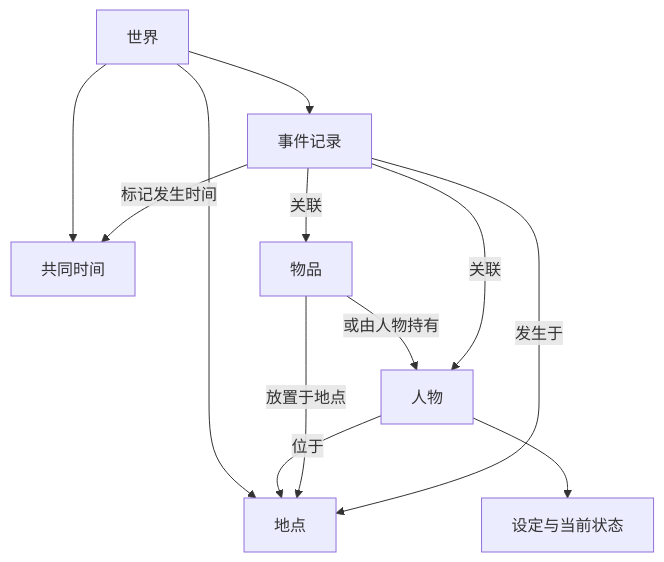
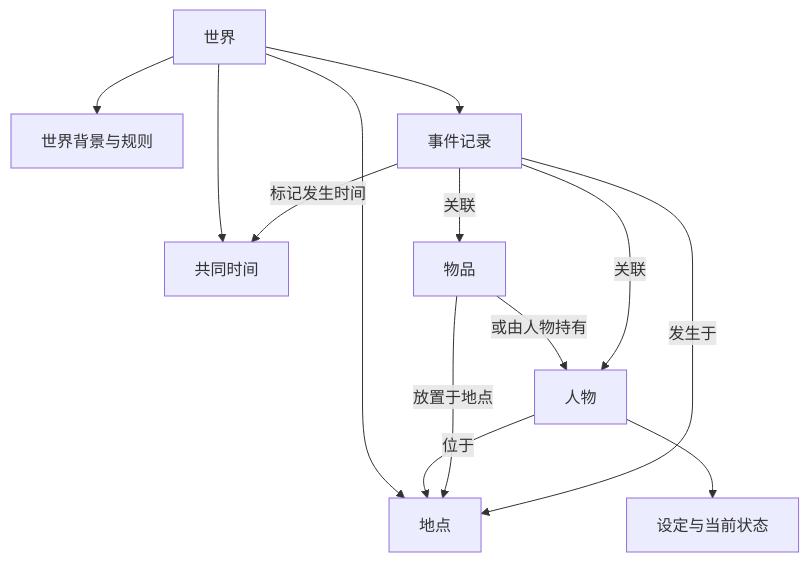
One commit to killedkiller/exploration changed the diagram in entity-model.md. Above: the diagram before and after it, drawn with Mermaid. The commit also changed other lines of this file and 2 other files, not shown here.

````diff
--- a/entity-model.md
+++ b/entity-model.md
@@ -42,14 +46,15 @@
 ```mermaid
 flowchart TD
-    W[世界] --> P[地点]
+    W[世界] --> B[世界背景与规则]
+    W --> P[地点]
     W --> T[共同时间]
     W --> E[事件记录]
     C[人物] -->|位于| P
     I[物品] -->|放置于地点| P
     I -->|或由人物持有| C
     C --> S[设定与当前状态]
     E -->|关联| C
     E -->|关联| I
     E -->|发生于| P
     E -->|标记发生时间| T
 ```
````
